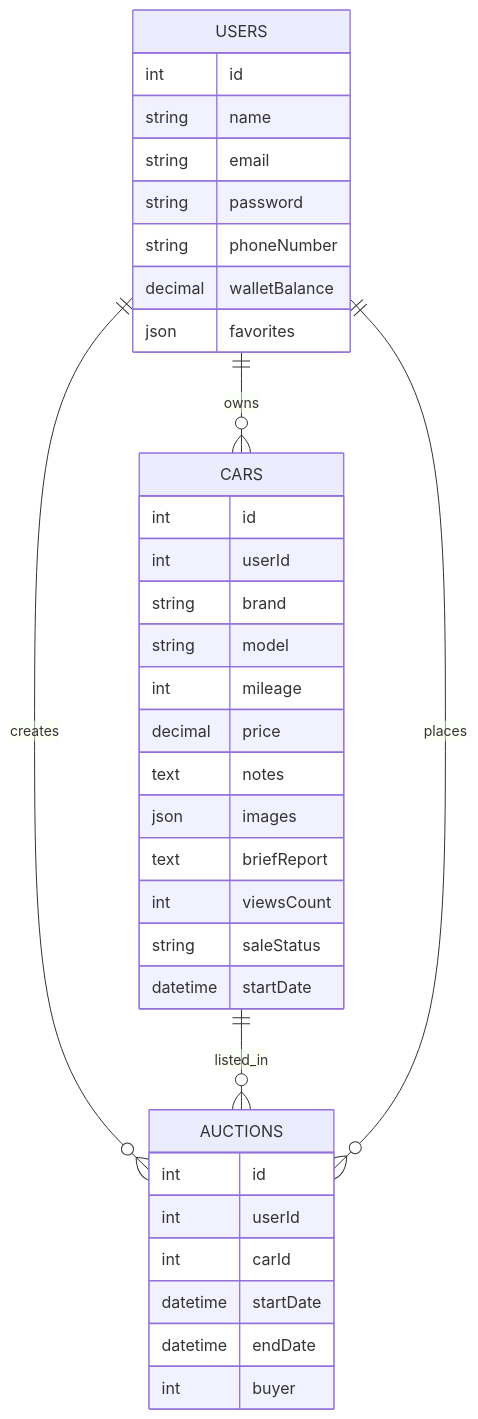
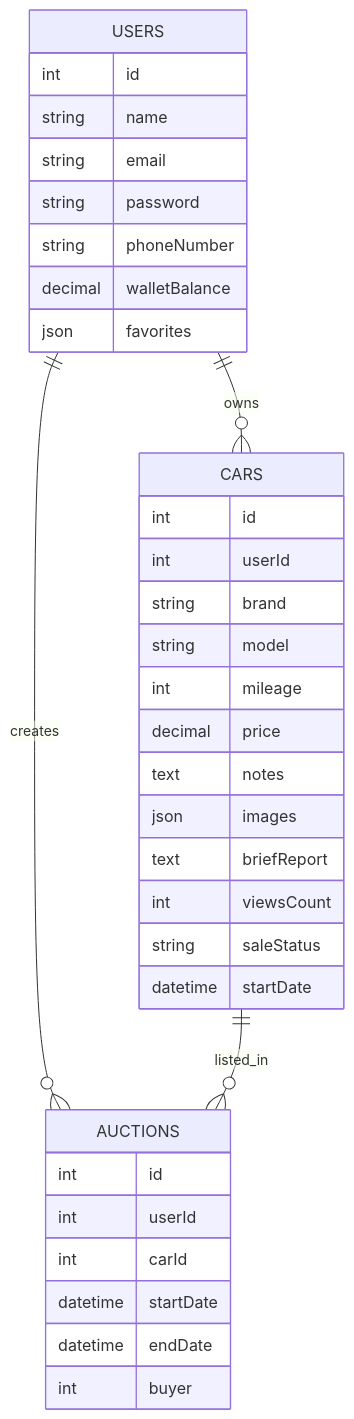
One commit to Raed-Alqabas/Portfolio_Project_Mazaady changed the diagram in StageThreeDocumentation.md. Above: the diagram before and after it, drawn with Mermaid.

Commit message:
Remove redundant relationship between USERS and AUCTIONS

````diff
--- a/StageThreeDocumentation.md
+++ b/StageThreeDocumentation.md
@@ -127,42 +127,41 @@
 ```mermaid
 erDiagram
 
     USERS ||--o{ CARS : owns
     USERS ||--o{ AUCTIONS : creates
     CARS ||--o{ AUCTIONS : listed_in
-    USERS ||--o{ AUCTIONS : places
 
     USERS {
         int id
         string name
         string email
         string password
         string phoneNumber
         decimal walletBalance
         json favorites
     }
 
     CARS {
         int id
         int userId
         string brand
         string model
         int mileage
         decimal price
         text notes
         json images
         text briefReport
         int viewsCount
         string saleStatus
         datetime startDate
     }
 
     AUCTIONS {
         int id
         int userId
         int carId
         datetime startDate
         datetime endDate
         int buyer
     }
 ```
````
